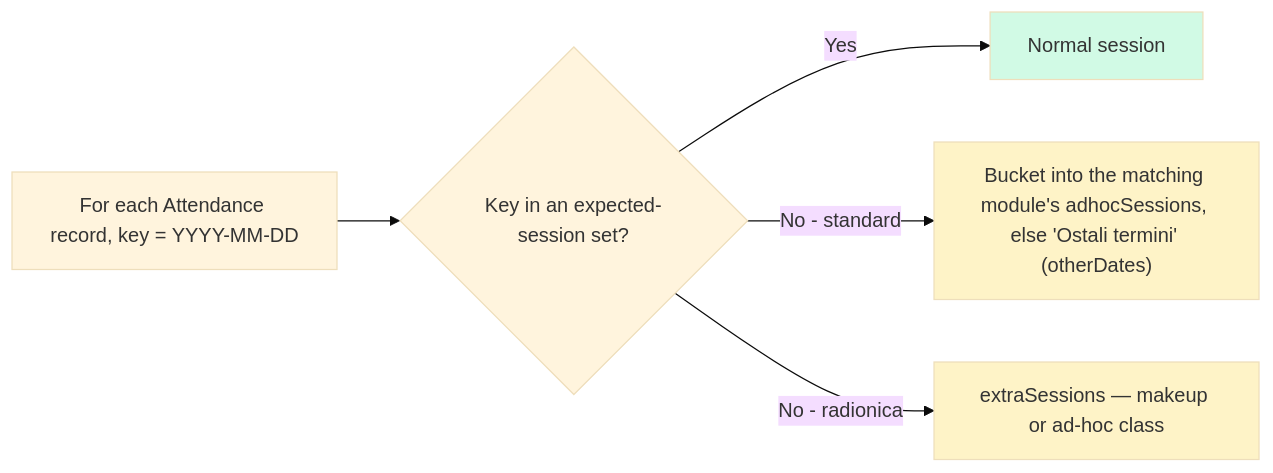
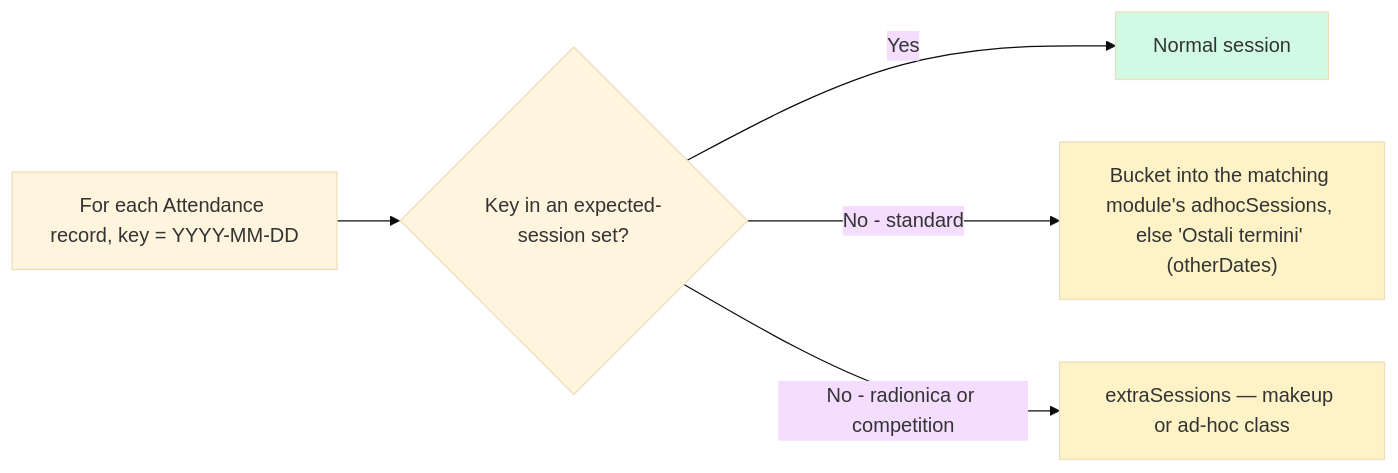
Before and after one commit to jpucic00/inovatic: the sixth of 10 diagrams in docs/diagrams/attendance-flow.md, drawn with Mermaid (base theme). The commit also changed other lines of this file and 7 other files, not shown here.

````diff
--- a/docs/diagrams/attendance-flow.md
+++ b/docs/diagrams/attendance-flow.md
@@ -86,11 +123,11 @@
 ```mermaid
 flowchart LR
     A["For each Attendance record, key = YYYY-MM-DD"] --> B{"Key in an expected-session set?"}
     B -->|Yes| NORMAL[Normal session]
     B -->|No - standard| ADHOC["Bucket into the matching module's adhocSessions, else 'Ostali termini' (otherDates)"]
-    B -->|No - radionica| EXTRA["extraSessions — makeup or ad-hoc class"]
+    B -->|No - radionica or competition| EXTRA["extraSessions — makeup or ad-hoc class"]
 
     style NORMAL fill:#d1fae5
     style ADHOC fill:#fef3c7
     style EXTRA fill:#fef3c7
 ```
````
